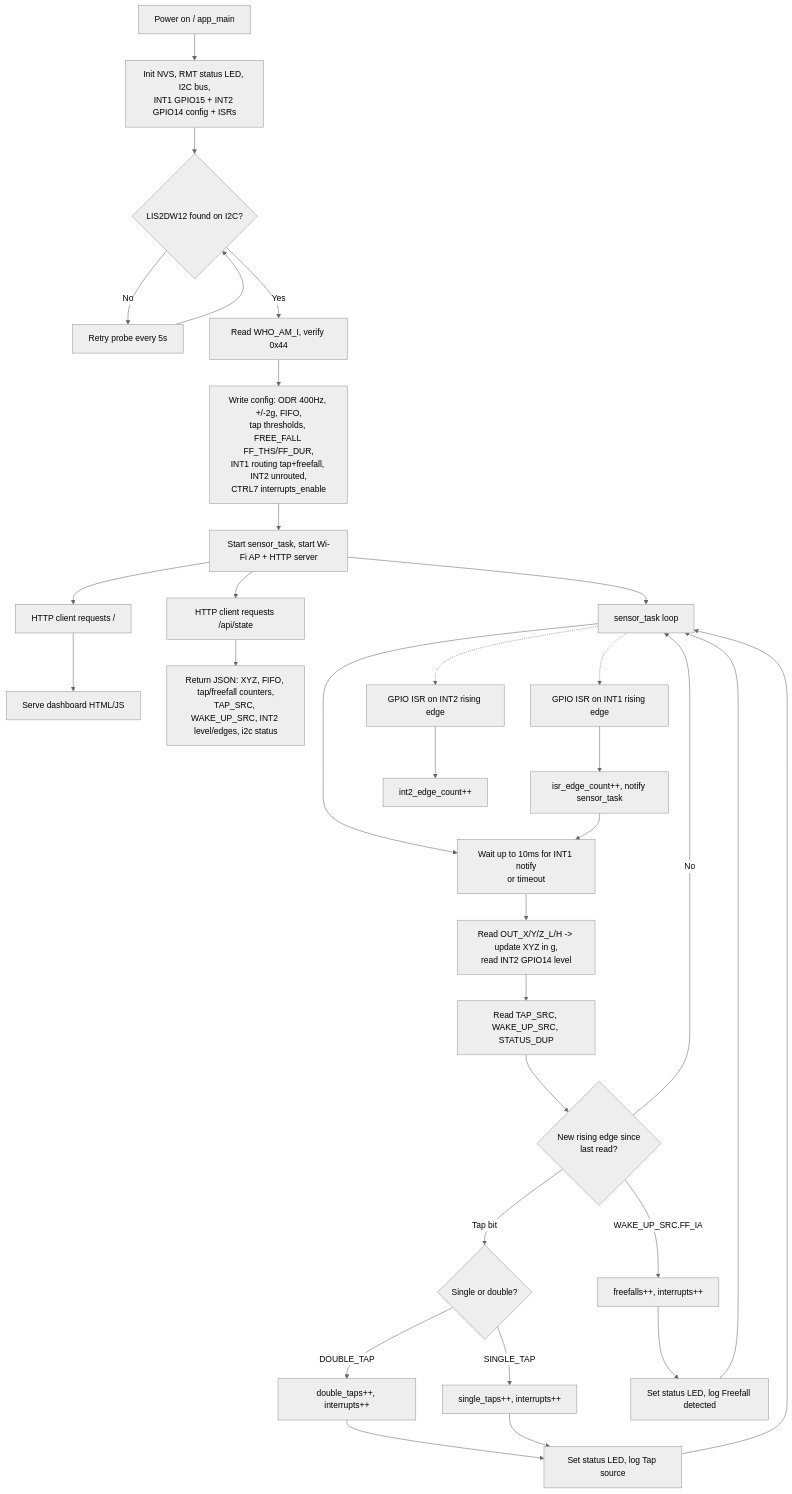
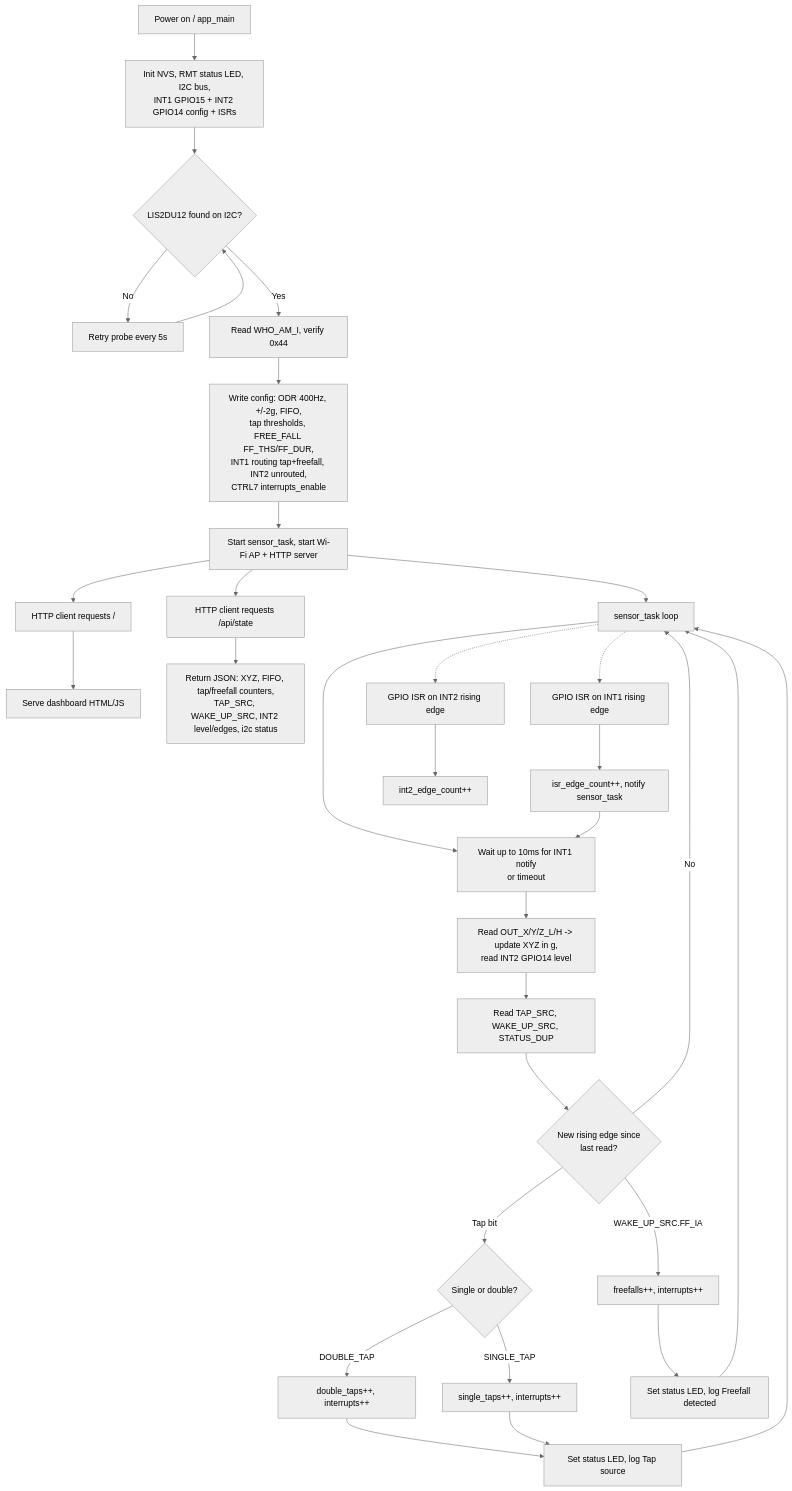
One commit to maxkueffelbbraun/ESP32C6_STEVALMKI179V1_Tab changed the diagram in README.md. Above: the diagram before and after it, drawn with Mermaid (neutral theme). The commit also changed other lines of this file and 2 other files, not shown here.

Commit message:
Migrate project to LIS2DU12 STEVAL-MKI222V1

````diff
--- a/README.md
+++ b/README.md
@@ -136,38 +128,38 @@
 ```mermaid
 flowchart TD
     A[Power on / app_main] --> B[Init NVS, RMT status LED, I2C bus,\nINT1 GPIO15 + INT2 GPIO14 config + ISRs]
-    B --> C{LIS2DW12 found on I2C?}
+    B --> C{LIS2DU12 found on I2C?}
     C -- No --> C1[Retry probe every 5s]
     C1 --> C
     C -- Yes --> D[Read WHO_AM_I, verify 0x44]
     D --> E[Write config: ODR 400Hz, +/-2g, FIFO,\ntap thresholds, FREE_FALL FF_THS/FF_DUR,\nINT1 routing tap+freefall, INT2 unrouted,\nCTRL7 interrupts_enable]
     E --> F[Start sensor_task, start Wi-Fi AP + HTTP server]
 
     F --> G[sensor_task loop]
     G --> H[Wait up to 10ms for INT1 notify\nor timeout]
     H --> I[Read OUT_X/Y/Z_L/H -> update XYZ in g,\nread INT2 GPIO14 level]
     I --> J[Read TAP_SRC, WAKE_UP_SRC, STATUS_DUP]
     J --> K{New rising edge since\nlast read?}
     K -- No --> G
     K -- Tap bit --> L{Single or double?}
     L -- DOUBLE_TAP --> M[double_taps++, interrupts++]
     L -- SINGLE_TAP --> N[single_taps++, interrupts++]
     K -- WAKE_UP_SRC.FF_IA --> P2[freefalls++, interrupts++]
     M --> O[Set status LED, log Tap source]
     N --> O
     P2 --> O2[Set status LED, log Freefall detected]
     O --> G
     O2 --> G
 
     F --> P[HTTP client requests /]
     P --> Q[Serve dashboard HTML/JS]
     F --> R[HTTP client requests /api/state]
     R --> S[Return JSON: XYZ, FIFO, tap/freefall counters,\nTAP_SRC, WAKE_UP_SRC, INT2 level/edges, i2c status]
 
     G -.-> T[GPIO ISR on INT1 rising edge]
     T --> U[isr_edge_count++, notify sensor_task]
     U --> H
 
     G -.-> V[GPIO ISR on INT2 rising edge]
     V --> W[int2_edge_count++]
 ```
````
